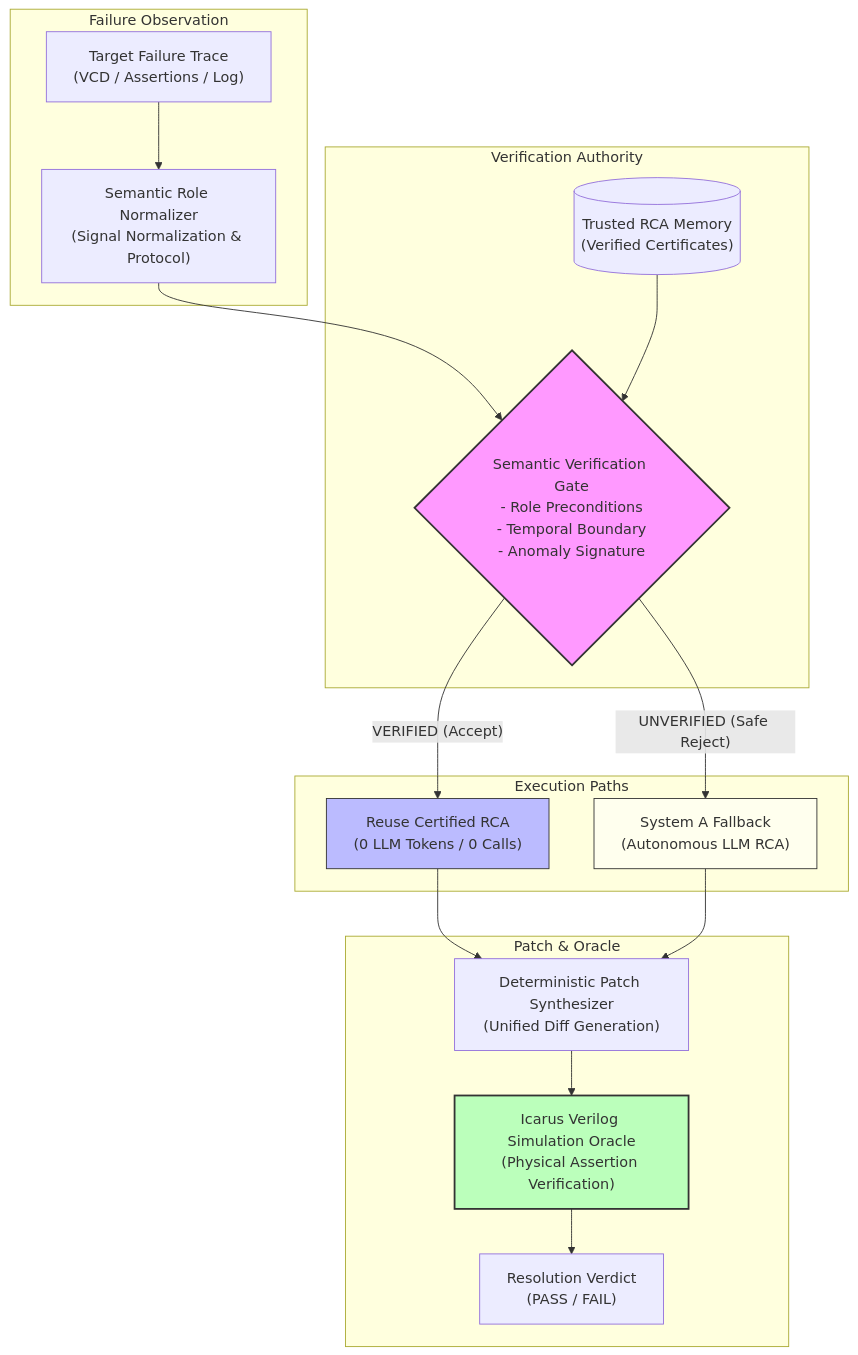
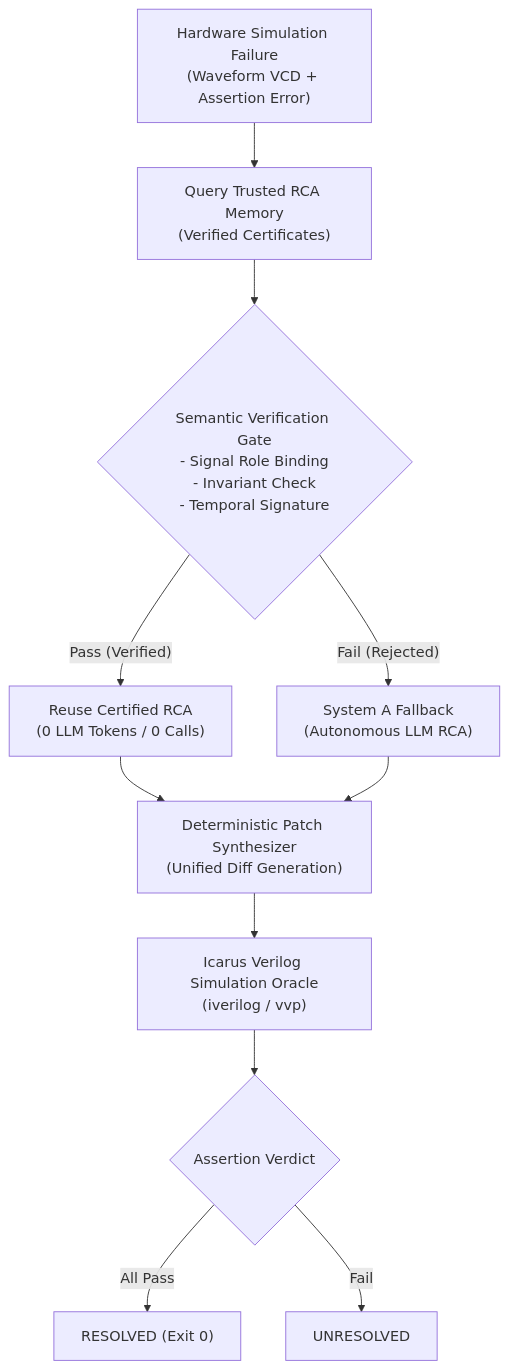
The diagram in README.md (VaradaGovind/hardware-debug-failure-learning), drawn with Mermaid before and after one commit. The commit also changed other lines of this file and 3 other files, not shown here.

````diff
--- a/README.md
+++ b/README.md
@@ -56,34 +32,16 @@
 ```mermaid
 flowchart TD
-    subgraph Input["Failure Observation"]
-        FT["Target Failure Trace\n(VCD / Assertions / Log)"]
-        FR["Semantic Role Normalizer\n(Signal Normalization & Protocol)"]
-        FT --> FR
-    end
-
-    subgraph Verification["Verification Authority"]
-        TM[("Trusted RCA Memory\n(Verified Certificates)")]
-        VG{"Semantic Verification Gate\n- Role Preconditions\n- Temporal Boundary\n- Anomaly Signature"}
-        FR --> VG
-        TM --> VG
-    end
-
-    subgraph Decision["Execution Paths"]
-        VG -- "VERIFIED (Accept)" --> UR["Reuse Certified RCA\n(0 LLM Tokens / 0 Calls)"]
-        VG -- "UNVERIFIED (Safe Reject)" --> FB["System A Fallback\n(Autonomous LLM RCA)"]
-    end
-
-    subgraph Synthesis["Patch & Oracle"]
-        PS["Deterministic Patch Synthesizer\n(Unified Diff Generation)"]
-        SIM["Icarus Verilog Simulation Oracle\n(Physical Assertion Verification)"]
-        UR --> PS
-        FB --> PS
-        PS --> SIM
-        SIM --> OUT["Resolution Verdict\n(PASS / FAIL)"]
-    end
-
-    style VG fill:#f9f,stroke:#333,stroke-width:2px
-    style UR fill:#bbf,stroke:#333,stroke-width:1px
-    style FB fill:#ffe,stroke:#333,stroke-width:1px
-    style SIM fill:#bfb,stroke:#333,stroke-width:2px
+    FAIL["Hardware Simulation Failure\n(Waveform VCD + Assertion Error)"] --> QUERY["Query Trusted RCA Memory\n(Verified Certificates)"]
+    QUERY --> GATE{"Semantic Verification Gate\n- Signal Role Binding\n- Invariant Check\n- Temporal Signature"}
+    
+    GATE -- "Pass (Verified)" --> REUSE["Reuse Certified RCA\n(0 LLM Tokens / 0 Calls)"]
+    GATE -- "Fail (Rejected)" --> FALLBACK["System A Fallback\n(Autonomous LLM RCA)"]
+    
+    REUSE --> SYNTH["Deterministic Patch Synthesizer\n(Unified Diff Generation)"]
+    FALLBACK --> SYNTH
+    
+    SYNTH --> SIM["Icarus Verilog Simulation Oracle\n(iverilog / vvp)"]
+    SIM --> OUT{"Assertion Verdict"}
+    OUT -- "All Pass" --> PASS["RESOLVED (Exit 0)"]
+    OUT -- "Fail" --> UNRES["UNRESOLVED"]
 ```
````
